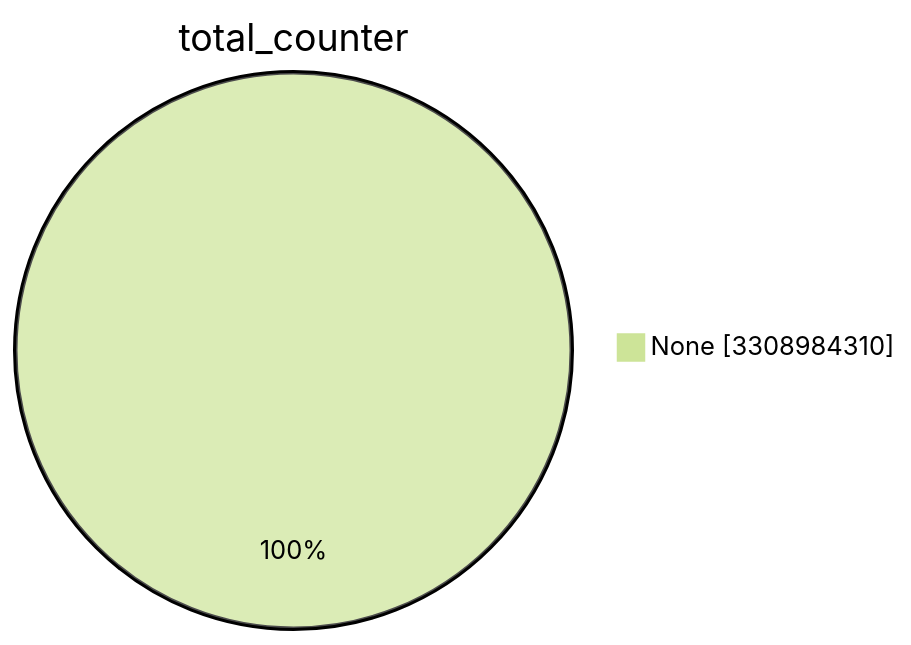
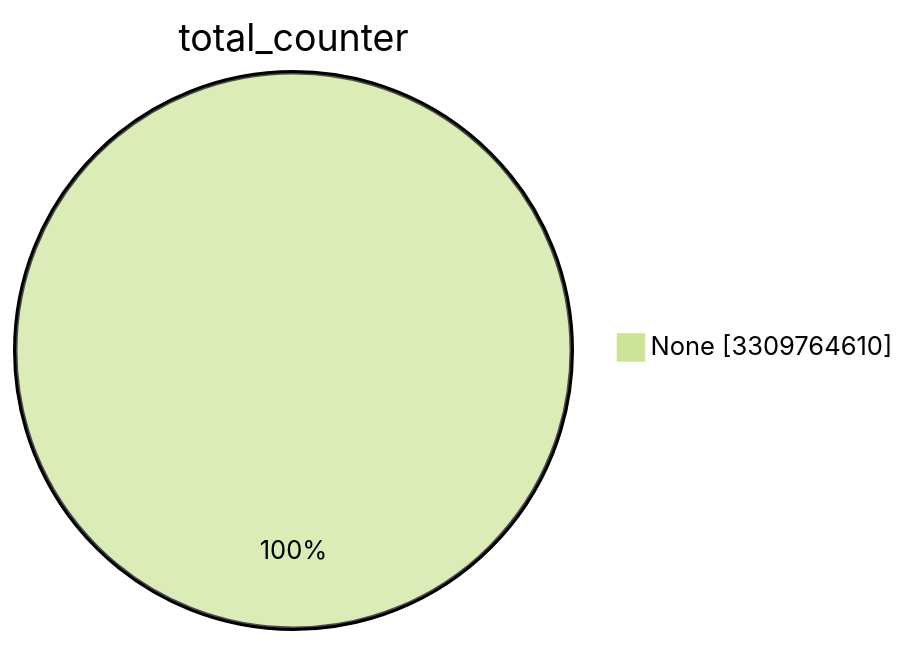
One commit to christiankrug/ctmonitor_visualization changed the first of 15 diagrams in TOTAL/README.md. Above: the diagram before and after it, drawn with Mermaid (forest theme). The commit also changed other lines of this file, not shown here.

````diff
--- a/TOTAL/README.md
+++ b/TOTAL/README.md
@@ -1,5 +1,5 @@
 ```mermaid
 pie showData
 title total_counter
-"None" :3308984310
+"None" :3309764610
 ```
````
